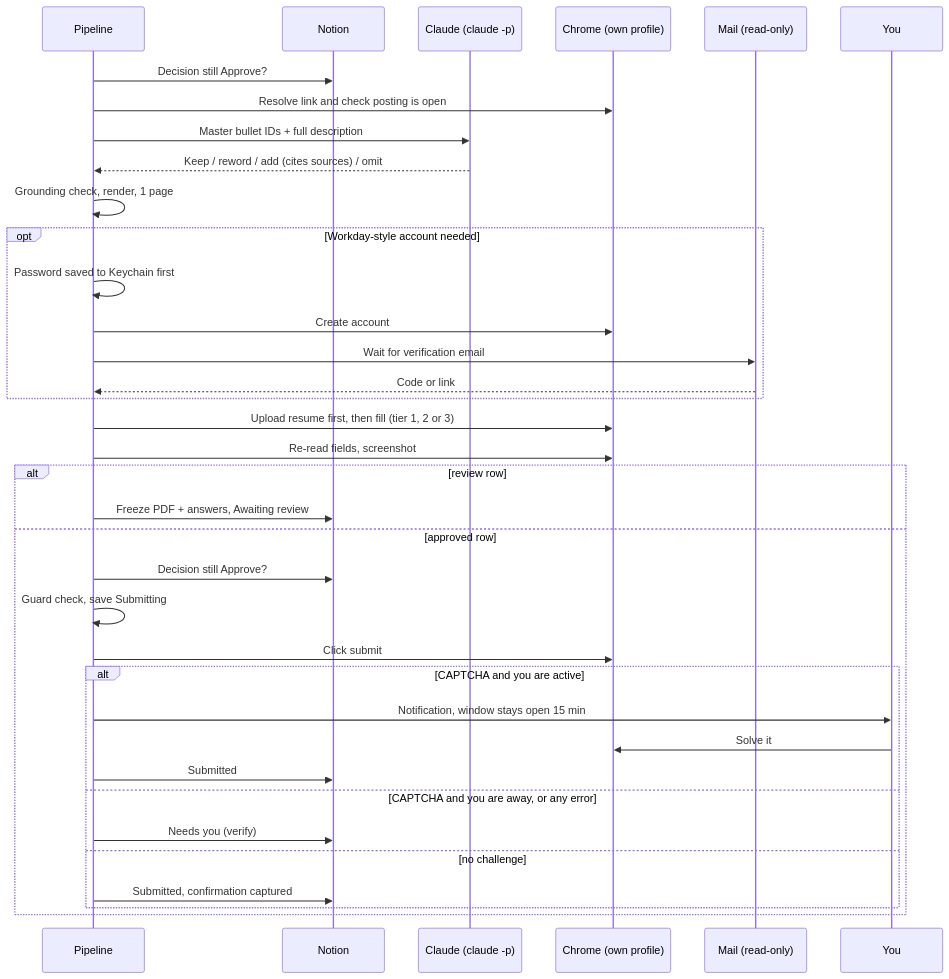
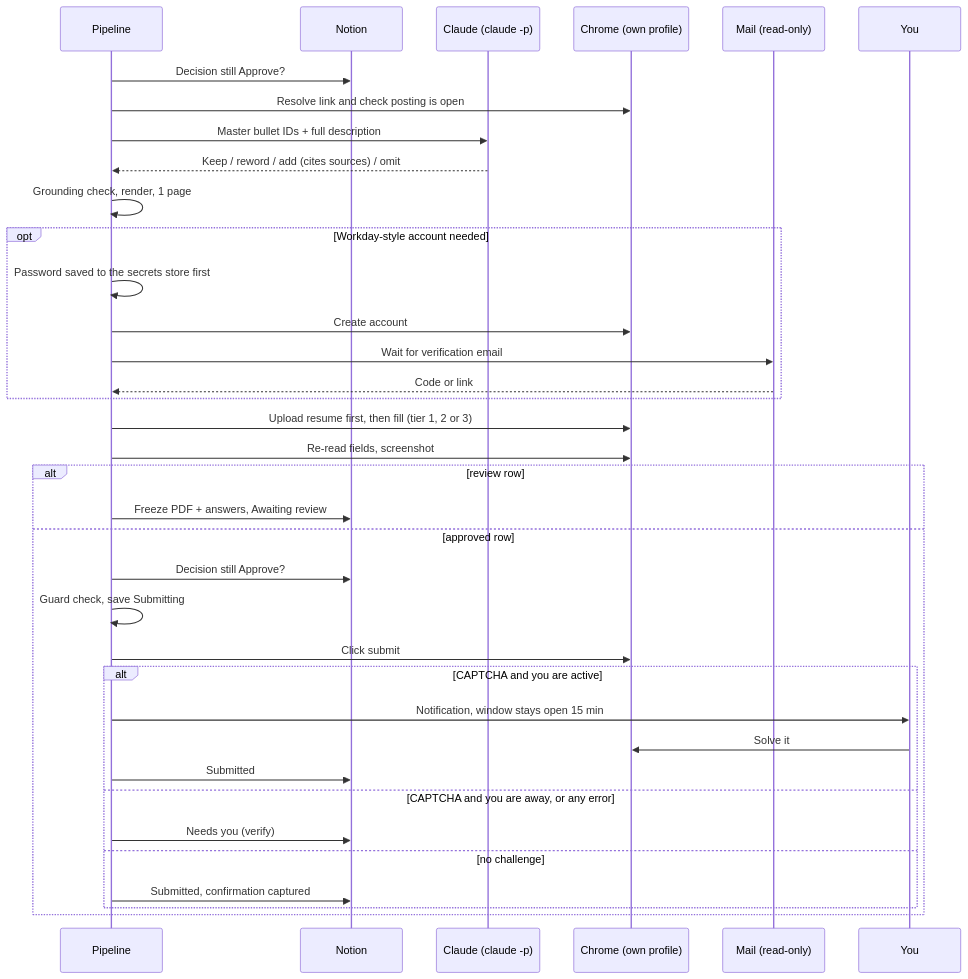
Before and after one commit to shariqanwar20/Job-Applier: the seventh of 8 diagrams in docs/architecture.md, drawn with Mermaid. The commit also changed other lines of this file and 12 other files, not shown here.

````diff
--- a/docs/architecture.md
+++ b/docs/architecture.md
@@ -188,38 +188,38 @@
 ```mermaid
 sequenceDiagram
   participant P as Pipeline
   participant N as Notion
   participant C as Claude (claude -p)
   participant B as Chrome (own profile)
   participant M as Mail (read-only)
   participant Y as You
   P->>N: Decision still Approve?
   P->>B: Resolve link and check posting is open
   P->>C: Master bullet IDs + full description
   C-->>P: Keep / reword / add (cites sources) / omit
   P->>P: Grounding check, render, 1 page
   opt Workday-style account needed
-    P->>P: Password saved to Keychain first
+    P->>P: Password saved to the secrets store first
     P->>B: Create account
     P->>M: Wait for verification email
     M-->>P: Code or link
   end
   P->>B: Upload resume first, then fill (tier 1, 2 or 3)
   P->>B: Re-read fields, screenshot
   alt review row
     P->>N: Freeze PDF + answers, Awaiting review
   else approved row
     P->>N: Decision still Approve?
     P->>P: Guard check, save Submitting
     P->>B: Click submit
     alt CAPTCHA and you are active
       P->>Y: Notification, window stays open 15 min
       Y->>B: Solve it
       P->>N: Submitted
     else CAPTCHA and you are away, or any error
       P->>N: Needs you (verify)
     else no challenge
       P->>N: Submitted, confirmation captured
     end
   end
 ```
````
